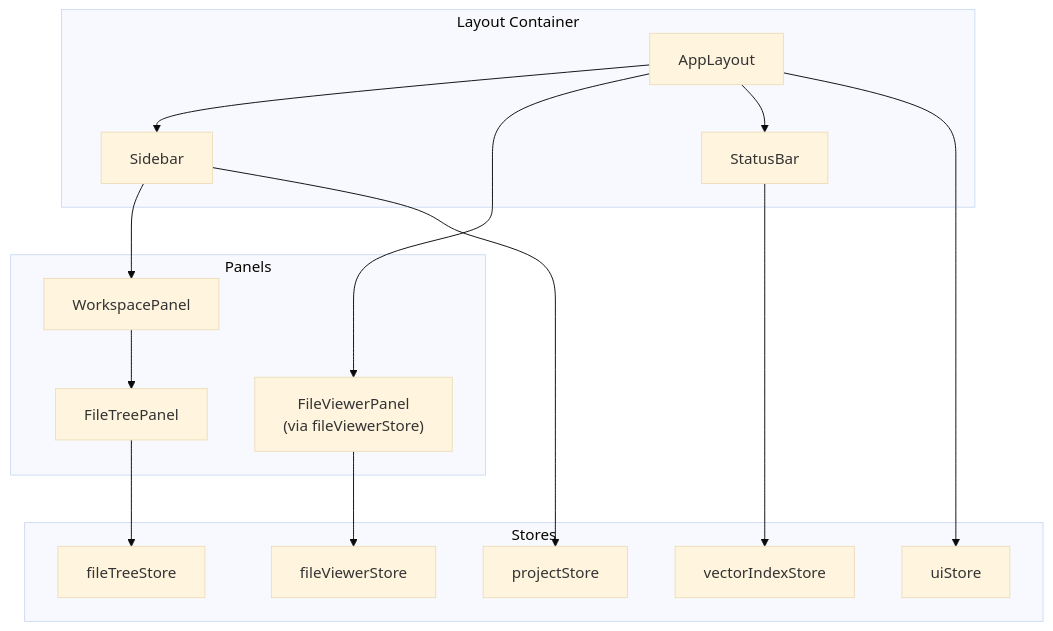
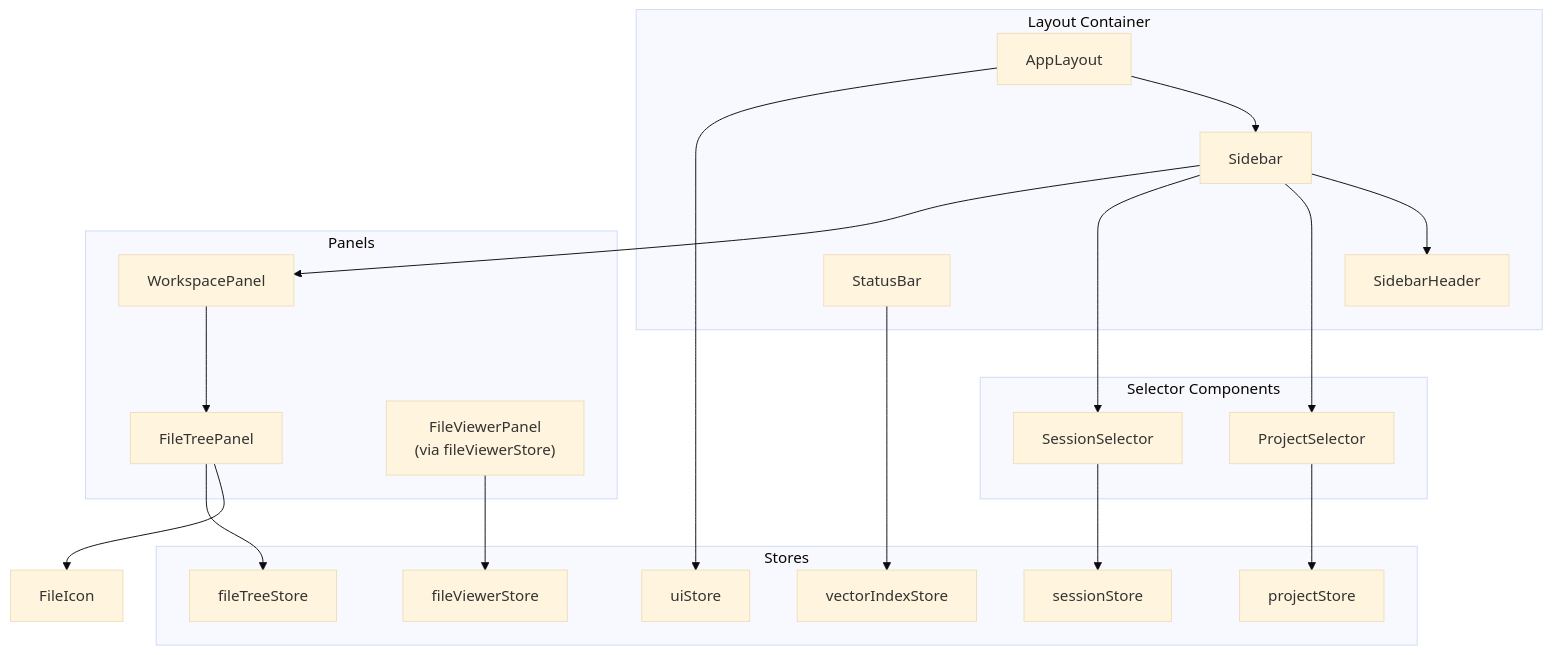
One commit to v0lka/c0wrk changed the second of 8 diagrams in .qoder/repowiki/en/content/Frontend Application/UI Components/Layout and Navigation Components.md. Above: the diagram before and after it, drawn with Mermaid (base theme). The commit also changed other lines of this file and 13 other files, not shown here.

````diff
--- a/.qoder/repowiki/en/content/Frontend Application/UI Components/Layout and Navigation Components.md
+++ b/.qoder/repowiki/en/content/Frontend Application/UI Components/Layout and Navigation Components.md
@@ -92,30 +114,39 @@
 ```mermaid
 graph TB
 subgraph "Layout Container"
 AppLayout
 Sidebar
+SidebarHeader
 StatusBar
+end
+subgraph "Selector Components"
+ProjectSelector
+SessionSelector
 end
 subgraph "Panels"
 WorkspacePanel
 FileTreePanel
 FileViewerPanel["FileViewerPanel<br/>(via fileViewerStore)"]
 end
 subgraph "Stores"
+projectStore
+sessionStore
 fileTreeStore
 fileViewerStore
 uiStore
-projectStore
 vectorIndexStore
 end
 AppLayout --> Sidebar
-AppLayout --> FileViewerPanel
-AppLayout --> StatusBar
+Sidebar --> SidebarHeader
+Sidebar --> ProjectSelector
+Sidebar --> SessionSelector
 Sidebar --> WorkspacePanel
 WorkspacePanel --> FileTreePanel
-FileTreePanel --> fileTreeStore
+FileTreePanel --> FileIcon
 FileViewerPanel --> fileViewerStore
 AppLayout --> uiStore
-Sidebar --> projectStore
 StatusBar --> vectorIndexStore
+ProjectSelector --> projectStore
+SessionSelector --> sessionStore
+FileTreePanel --> fileTreeStore
 ```
````
